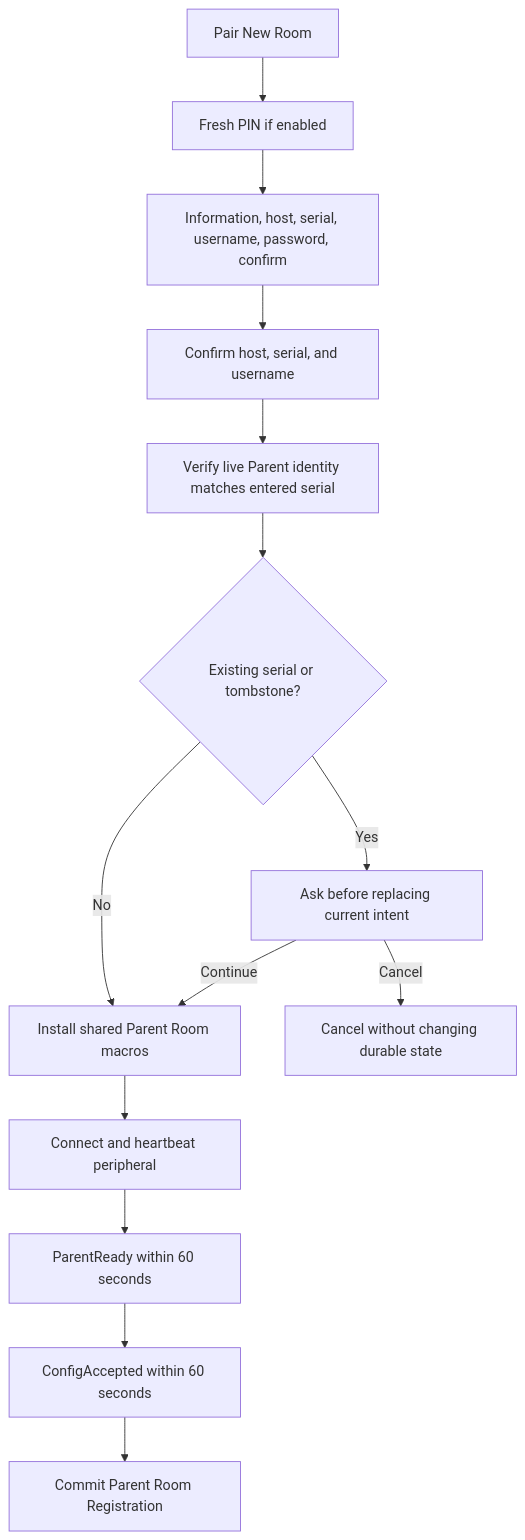
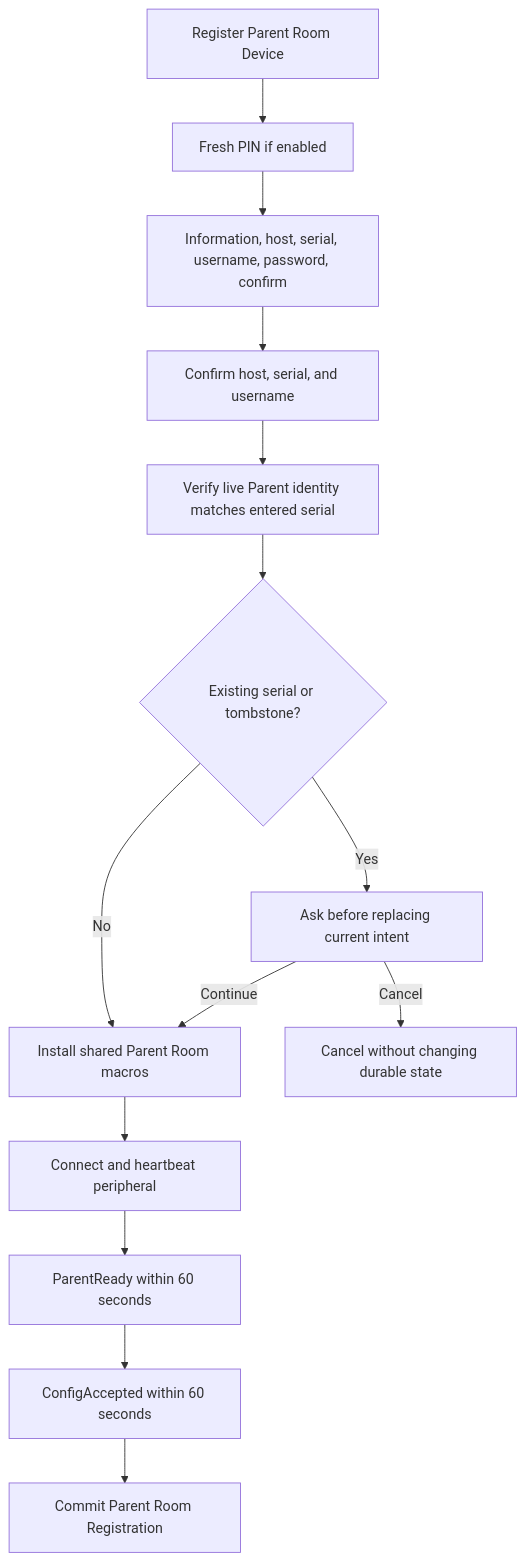
Before and after one commit to ctg-tme/Custom_Companion_2026: the seventh of 8 diagrams in README.md, drawn with Mermaid. The commit also changed other lines of this file and 26 other files, not shown here.

````diff
--- a/README.md
+++ b/README.md
@@ -282,16 +282,16 @@
 ```mermaid
 flowchart TD
-	A[Pair New Room] --> B[Fresh PIN if enabled]
+	A[Register Parent Room Device] --> B[Fresh PIN if enabled]
 	B --> C[Information, host, serial, username, password, confirm]
 	C --> D[Confirm host, serial, and username]
 	D --> E[Verify live Parent identity matches entered serial]
 	E --> F{Existing serial or tombstone?}
 	F -- Yes --> G[Ask before replacing current intent]
 	F -- No --> H[Install shared Parent Room macros]
 	G -- Continue --> H
 	G -- Cancel --> X[Cancel without changing durable state]
 	H --> I[Connect and heartbeat peripheral]
 	I --> J[ParentReady within 60 seconds]
 	J --> K[ConfigAccepted within 60 seconds]
 	K --> L[Commit Parent Room Registration]
 ```
````
